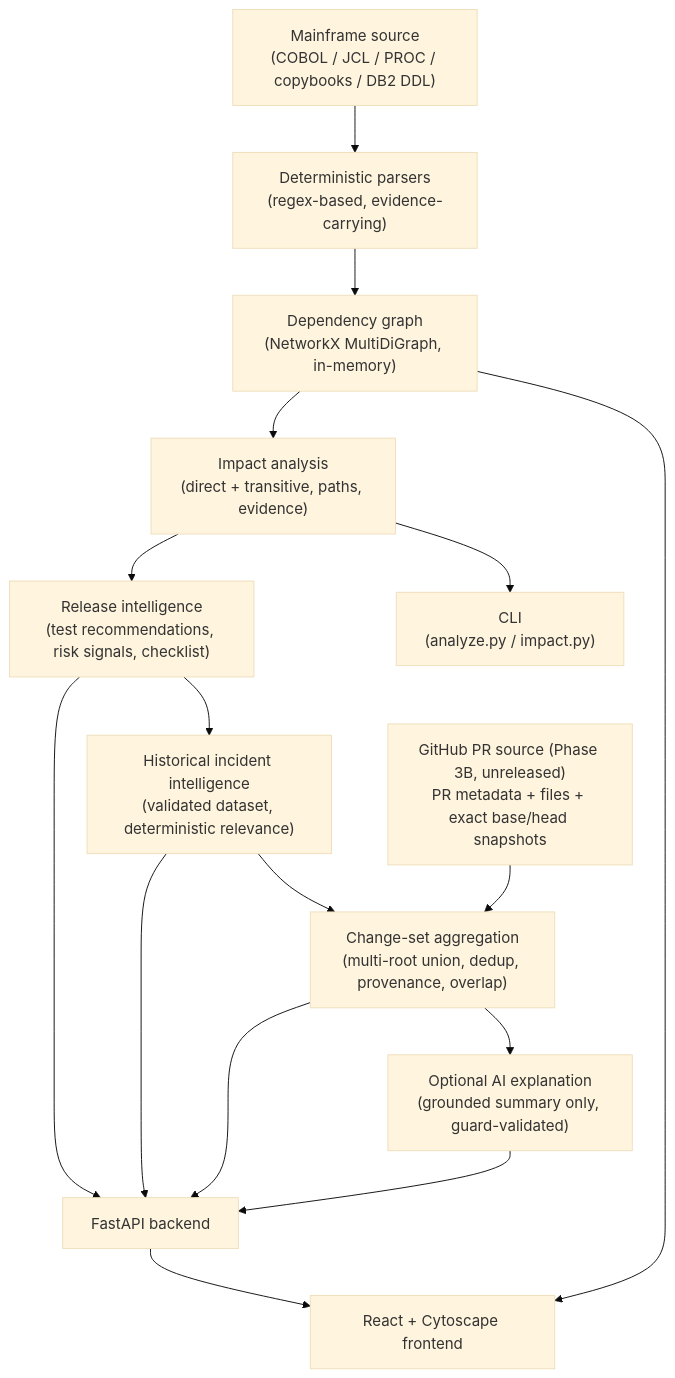
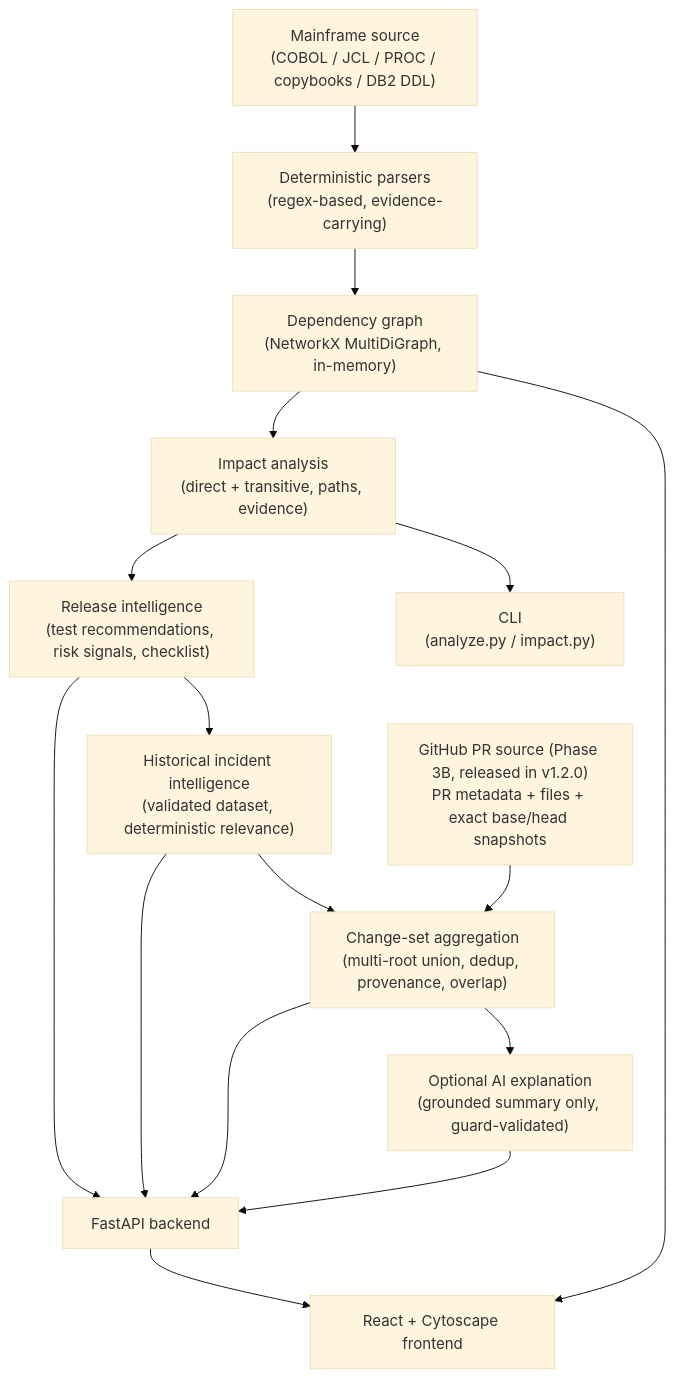
Before and after one commit to abhiClone/mainframe-change-impact-intelligence: the diagram in README.md, drawn with Mermaid (base theme). The commit also changed other lines of this file and 11 other files, not shown here.

````diff
--- a/README.md
+++ b/README.md
@@ -80,25 +107,25 @@
 ```mermaid
 flowchart TD
     SRC["Mainframe source\n(COBOL / JCL / PROC / copybooks / DB2 DDL)"]
     PARSE["Deterministic parsers\n(regex-based, evidence-carrying)"]
     GRAPH["Dependency graph\n(NetworkX MultiDiGraph, in-memory)"]
     IMPACT["Impact analysis\n(direct + transitive, paths, evidence)"]
     INTEL["Release intelligence\n(test recommendations, risk signals, checklist)"]
     INC["Historical incident intelligence\n(validated dataset, deterministic relevance)"]
     CHG["Change-set aggregation\n(multi-root union, dedup, provenance, overlap)"]
-    GHPR["GitHub PR source (Phase 3B, unreleased)\nPR metadata + files + exact base/head snapshots"]
+    GHPR["GitHub PR source (Phase 3B, released in v1.2.0)\nPR metadata + files + exact base/head snapshots"]
     AI["Optional AI explanation\n(grounded summary only, guard-validated)"]
     CLI["CLI\n(analyze.py / impact.py)"]
     API["FastAPI backend"]
     UI["React + Cytoscape frontend"]
 
     SRC --> PARSE --> GRAPH --> IMPACT --> INTEL --> INC --> CHG --> AI
     GHPR --> CHG
     IMPACT --> CLI
     INTEL --> API
     INC --> API
     CHG --> API
     AI --> API
     API --> UI
     GRAPH --> UI
 ```
````
